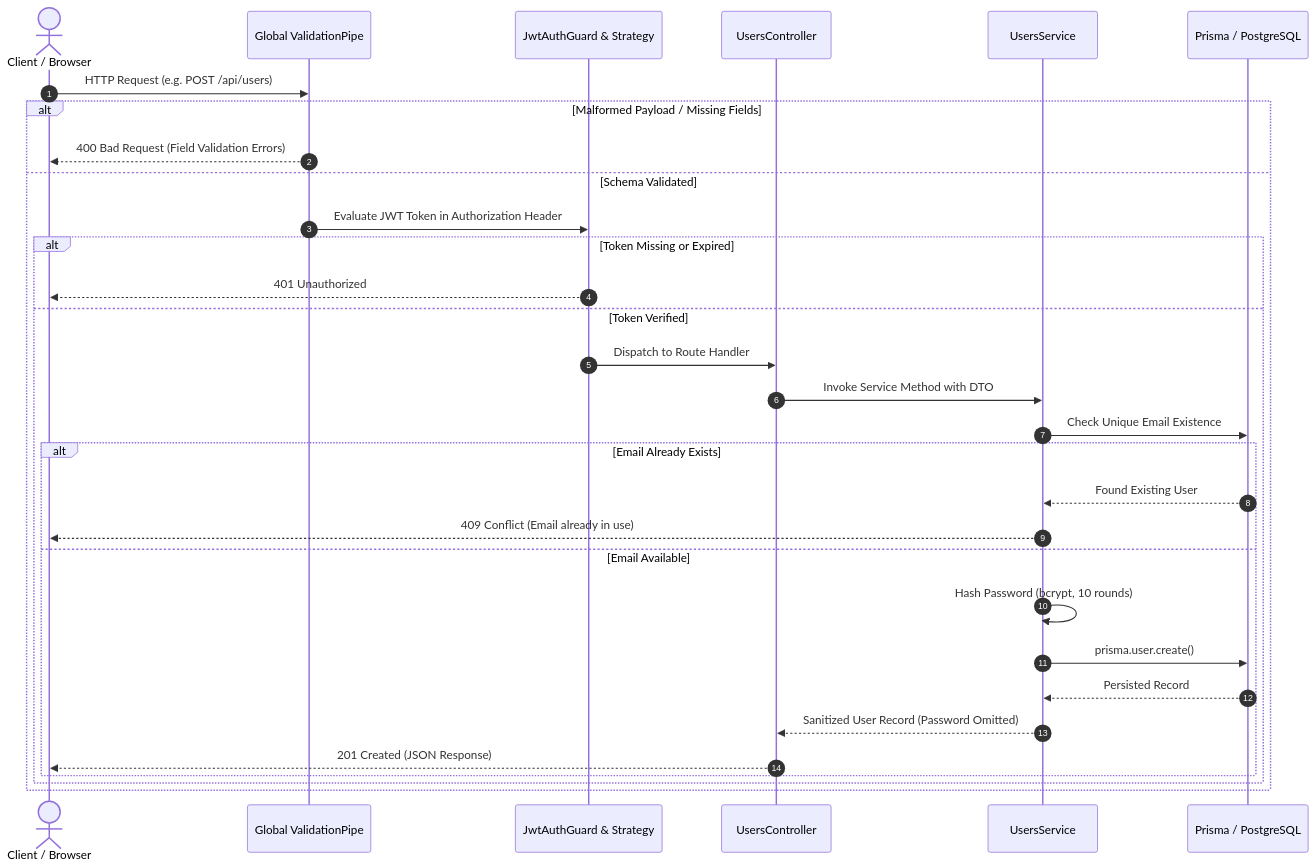
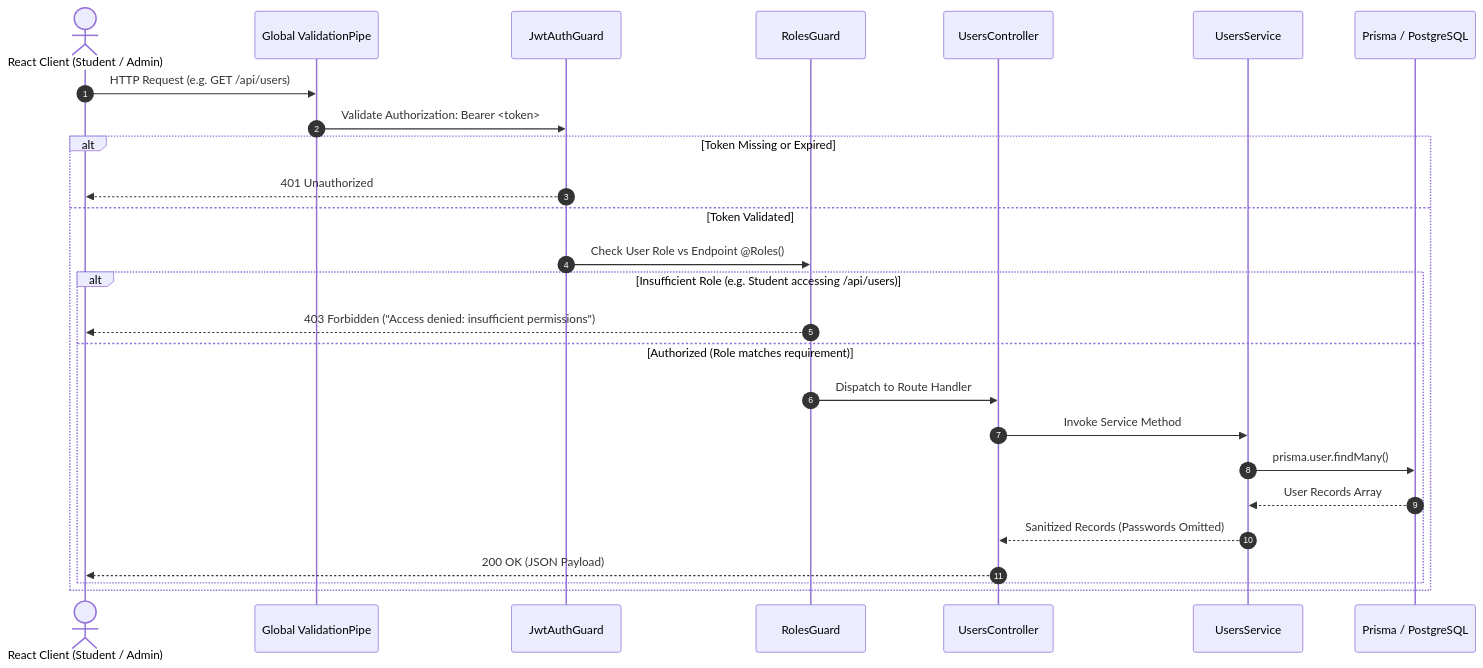
Before and after one commit to Abhishhek-Verma/yaloric-assignment: the second of 3 diagrams in README.md, drawn with Mermaid. The commit also changed other lines of this file and 18 other files, not shown here.

Commit message:
feat: add role-based access control (RBAC), authentication guards, and admin dashboard UI

````diff
--- a/README.md
+++ b/README.md
@@ -61,35 +99,29 @@
 ```mermaid
 sequenceDiagram
     autonumber
-    actor User as Client / Browser
-    participant VP as Global ValidationPipe
-    participant Guard as JwtAuthGuard & Strategy
+    actor Client as React Client (Student / Admin)
+    participant Pipe as Global ValidationPipe
+    participant AuthG as JwtAuthGuard
+    participant RoleG as RolesGuard
     participant Ctrl as UsersController
     participant Svc as UsersService
     participant DB as Prisma / PostgreSQL
 
-    User->>VP: HTTP Request (e.g. POST /api/users)
-    
-    alt Malformed Payload / Missing Fields
-        VP-->>User: 400 Bad Request (Field Validation Errors)
-    else Schema Validated
-        VP->>Guard: Evaluate JWT Token in Authorization Header
-        alt Token Missing or Expired
-            Guard-->>User: 401 Unauthorized
-        else Token Verified
-            Guard->>Ctrl: Dispatch to Route Handler
-            Ctrl->>Svc: Invoke Service Method with DTO
-            Svc->>DB: Check Unique Email Existence
-            alt Email Already Exists
-                DB-->>Svc: Found Existing User
-                Svc-->>User: 409 Conflict (Email already in use)
-            else Email Available
-                Svc->>Svc: Hash Password (bcrypt, 10 rounds)
-                Svc->>DB: prisma.user.create()
-                DB-->>Svc: Persisted Record
-                Svc-->>Ctrl: Sanitized User Record (Password Omitted)
-                Ctrl-->>User: 201 Created (JSON Response)
-            end
+    Client->>Pipe: HTTP Request (e.g. GET /api/users)
+    Pipe->>AuthG: Validate Authorization: Bearer <token>
+    alt Token Missing or Expired
+        AuthG-->>Client: 401 Unauthorized
+    else Token Validated
+        AuthG->>RoleG: Check User Role vs Endpoint @Roles()
+        alt Insufficient Role (e.g. Student accessing /api/users)
+            RoleG-->>Client: 403 Forbidden ("Access denied: insufficient permissions")
+        else Authorized (Role matches requirement)
+            RoleG->>Ctrl: Dispatch to Route Handler
+            Ctrl->>Svc: Invoke Service Method
+            Svc->>DB: prisma.user.findMany()
+            DB-->>Svc: User Records Array
+            Svc-->>Ctrl: Sanitized Records (Passwords Omitted)
+            Ctrl-->>Client: 200 OK (JSON Payload)
         end
     end
 ```
````
